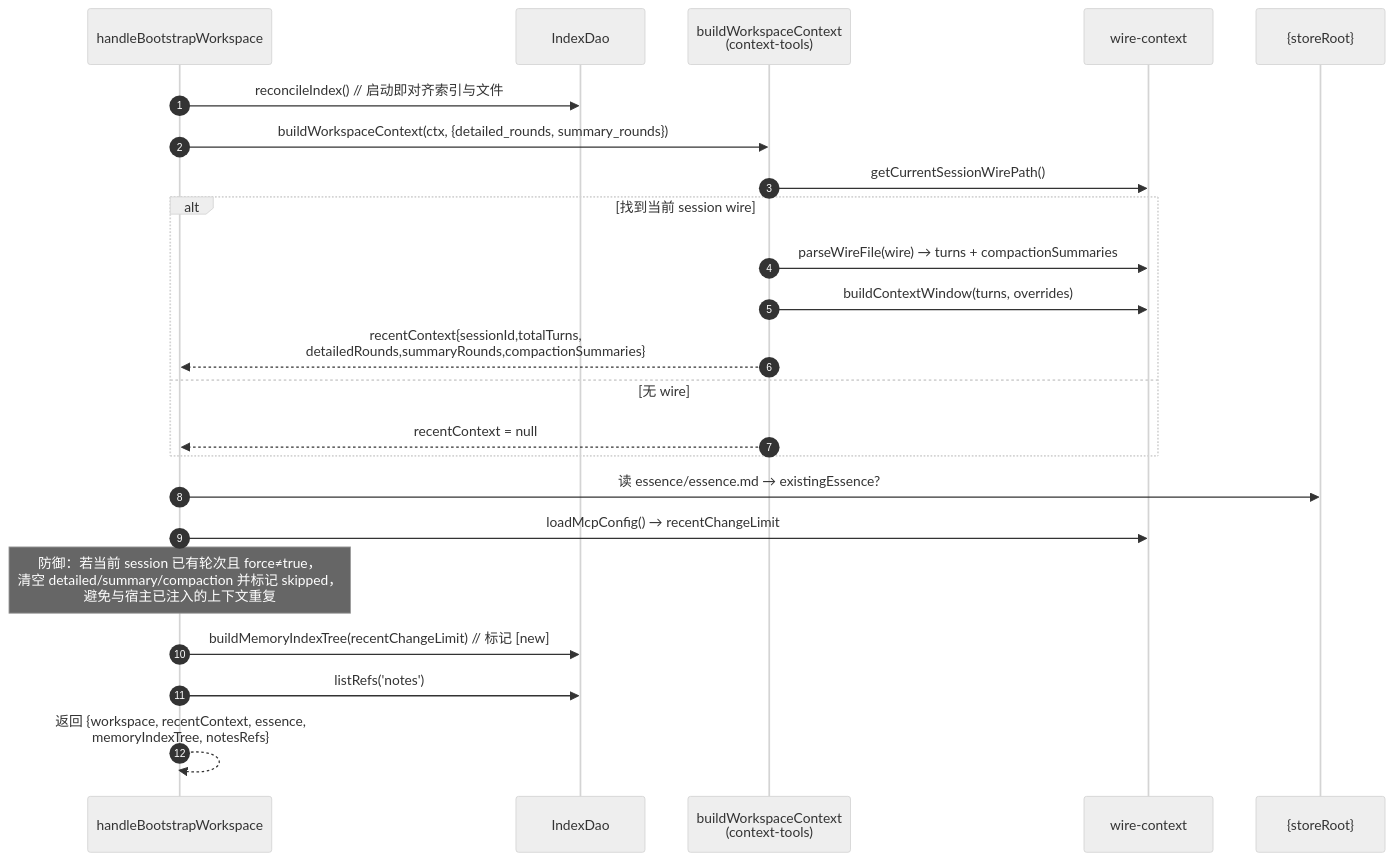
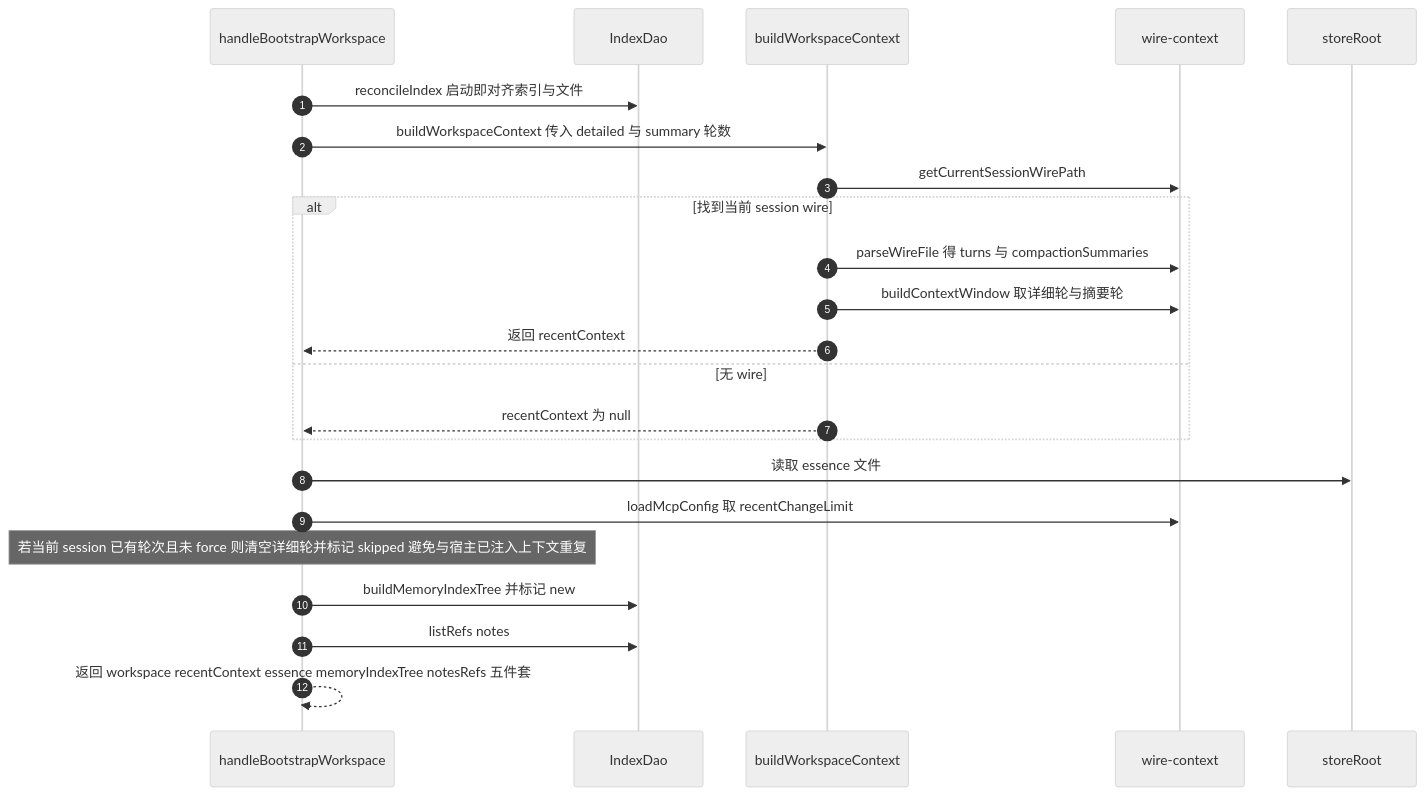
One commit to Zehee/kimi-code-memory-mcp-server changed the ninth of 15 diagrams in docs/flow-charts.zh-CN.md. Above: the diagram before and after it, drawn with Mermaid (neutral theme). The commit also changed other lines of this file, not shown here.

Commit message:
docs: fix mermaid sequence diagram rendering on GitHub

````diff
--- a/docs/flow-charts.zh-CN.md
+++ b/docs/flow-charts.zh-CN.md
@@ -417,26 +417,26 @@
 ```mermaid
 sequenceDiagram
   autonumber
   participant H as handleBootstrapWorkspace
   participant IDX as IndexDao
-  participant BC as buildWorkspaceContext<br/>(context-tools)
+  participant BC as buildWorkspaceContext
   participant W as wire-context
-  participant FS as {storeRoot}
+  participant FS as storeRoot
 
-  H ->> IDX: reconcileIndex()  // 启动即对齐索引与文件
-  H ->> BC: buildWorkspaceContext(ctx, {detailed_rounds, summary_rounds})
-  BC ->> W: getCurrentSessionWirePath()
+  H ->> IDX: reconcileIndex 启动即对齐索引与文件
+  H ->> BC: buildWorkspaceContext 传入 detailed 与 summary 轮数
+  BC ->> W: getCurrentSessionWirePath
   alt 找到当前 session wire
-    BC ->> W: parseWireFile(wire) → turns + compactionSummaries
-    BC ->> W: buildContextWindow(turns, overrides)
-    BC -->> H: recentContext{sessionId,totalTurns,<br/>detailedRounds,summaryRounds,compactionSummaries}
+    BC ->> W: parseWireFile 得 turns 与 compactionSummaries
+    BC ->> W: buildContextWindow 取详细轮与摘要轮
+    BC -->> H: 返回 recentContext
   else 无 wire
-    BC -->> H: recentContext = null
+    BC -->> H: recentContext 为 null
   end
-  H ->> FS: 读 essence/essence.md → existingEssence?
-  H ->> W: loadMcpConfig() → recentChangeLimit
-  Note over H: 防御：若当前 session 已有轮次且 force≠true，<br/>清空 detailed/summary/compaction 并标记 skipped，<br/>避免与宿主已注入的上下文重复
-  H ->> IDX: buildMemoryIndexTree(recentChangeLimit)  // 标记 [new]
-  H ->> IDX: listRefs('notes')
-  H -->> H: 返回 {workspace, recentContext, essence,<br/>memoryIndexTree, notesRefs}
+  H ->> FS: 读取 essence 文件
+  H ->> W: loadMcpConfig 取 recentChangeLimit
+  Note over H: 若当前 session 已有轮次且未 force 则清空详细轮并标记 skipped 避免与宿主已注入上下文重复
+  H ->> IDX: buildMemoryIndexTree 并标记 new
+  H ->> IDX: listRefs notes
+  H -->> H: 返回 workspace recentContext essence memoryIndexTree notesRefs 五件套
 ```
````
